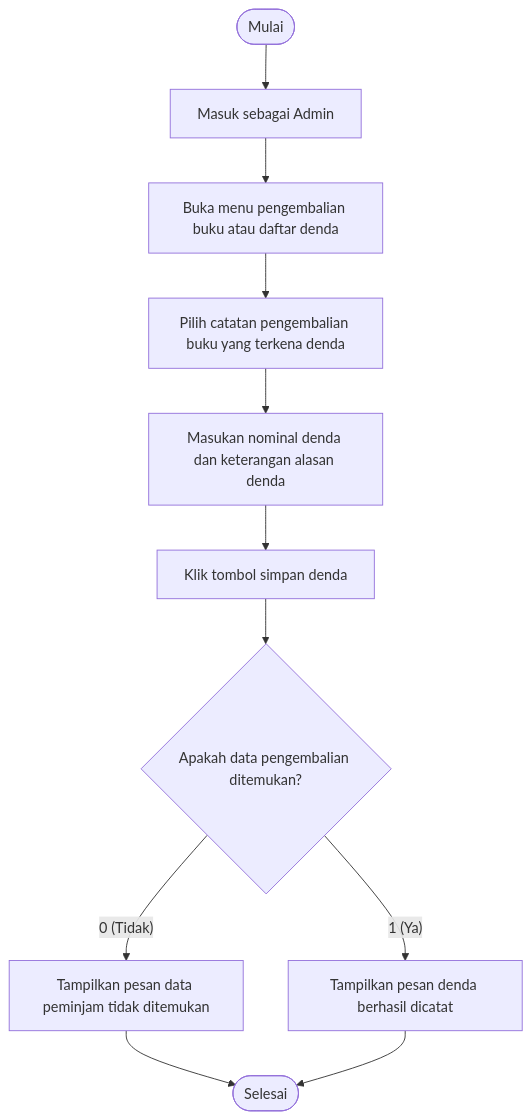
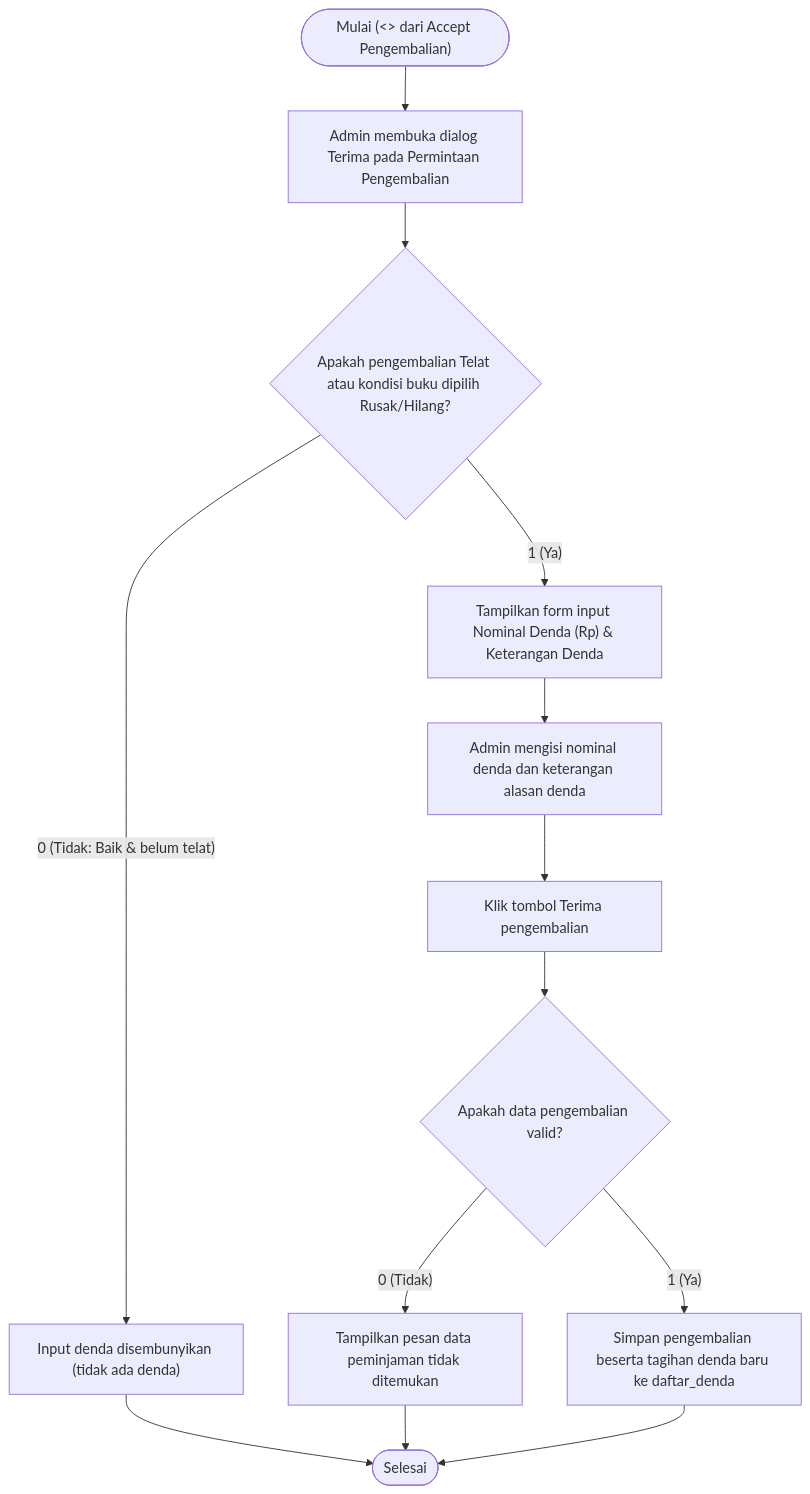
The diagram in docs/uml/src/diagrams/list-diagrams/flowchart-createdenda.mmd (dimstyle/ruang-baca), drawn with Mermaid before and after one commit. The commit also changed 13 other files, not shown here.

Commit message:
refactor(ui,uml): restore denda page for read/update and make create denda extend accept pengembalian

```diff
--- a/docs/uml/src/diagrams/list-diagrams/flowchart-createdenda.mmd
+++ b/docs/uml/src/diagrams/list-diagrams/flowchart-createdenda.mmd
@@ -1,11 +1,13 @@
 flowchart TD
-    start(["Mulai"]) --> loginAdmin["Masuk sebagai Admin"]
-    loginAdmin --> openMenu["Buka menu pengembalian buku atau daftar denda"]
-    openMenu --> selectReturn["Pilih catatan pengembalian buku yang terkena denda"]
-    selectReturn --> inputFine["Masukan nominal denda dan keterangan alasan denda"]
-    inputFine --> clickSave["Klik tombol simpan denda"]
-    clickSave --> checkFound{"Apakah data pengembalian ditemukan?"}
-    checkFound -->|"0 (Tidak)"| notFound["Tampilkan pesan data peminjam tidak ditemukan"]
-    notFound --> finish(["Selesai"])
-    checkFound -->|"1 (Ya)"| created["Tampilkan pesan denda berhasil dicatat"]
+    start(["Mulai (<<extend>> dari Accept Pengembalian)"]) --> openDialog["Admin membuka dialog Terima pada Permintaan Pengembalian"]
+    openDialog --> evalCond{"Apakah pengembalian Telat atau kondisi buku dipilih Rusak/Hilang?"}
+    evalCond -->|"0 (Tidak: Baik & belum telat)"| noFine["Input denda disembunyikan (tidak ada denda)"]
+    noFine --> finish(["Selesai"])
+    evalCond -->|"1 (Ya)"| showFine["Tampilkan form input Nominal Denda (Rp) & Keterangan Denda"]
+    showFine --> inputFine["Admin mengisi nominal denda dan keterangan alasan denda"]
+    inputFine --> clickAccept["Klik tombol Terima pengembalian"]
+    clickAccept --> checkFound{"Apakah data pengembalian valid?"}
+    checkFound -->|"0 (Tidak)"| notFound["Tampilkan pesan data peminjaman tidak ditemukan"]
+    notFound --> finish
+    checkFound -->|"1 (Ya)"| created["Simpan pengembalian beserta tagihan denda baru ke daftar_denda"]
     created --> finish
```
